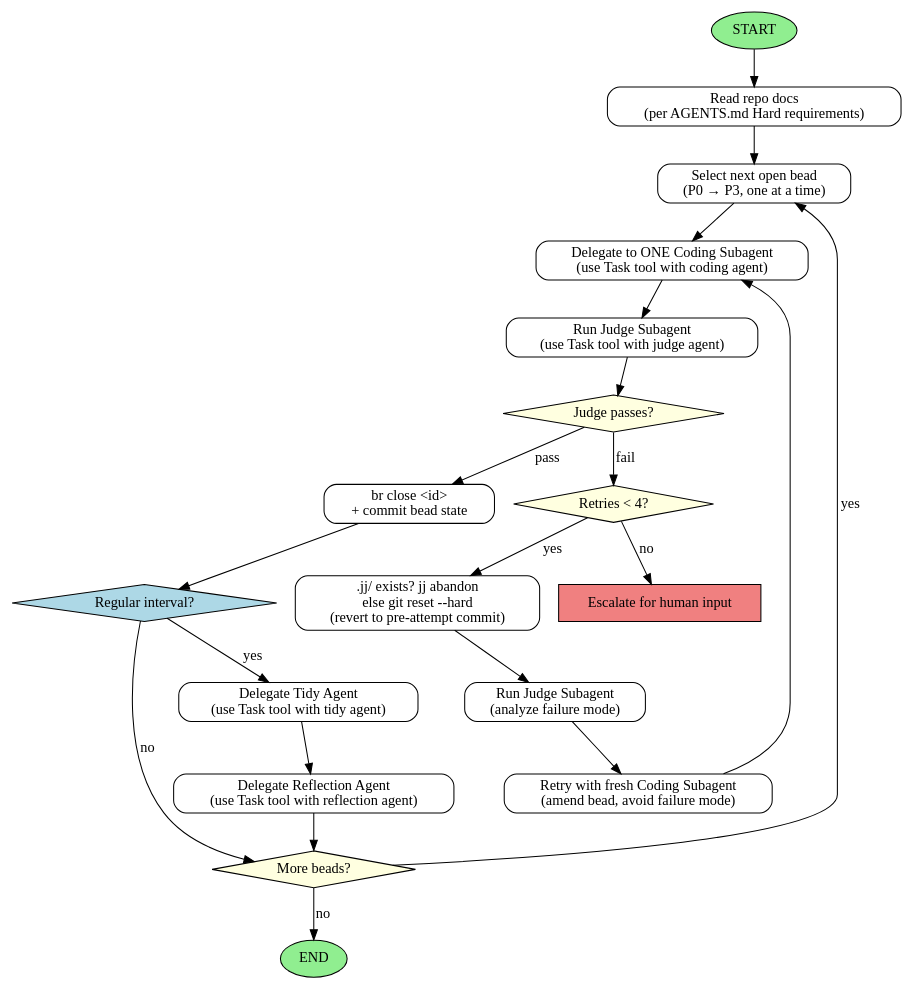
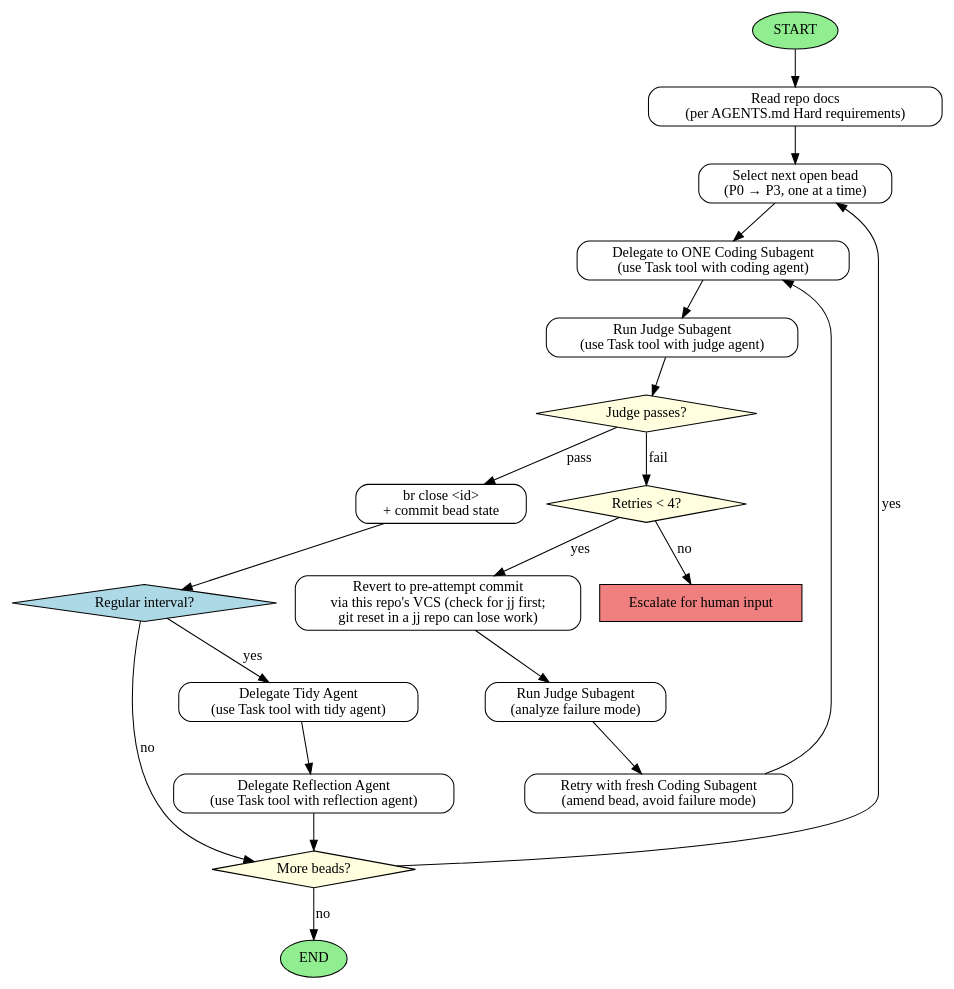
One commit to imbue-ai/rust-bucket changed the diagram in .claude/agents/coordinator.md. Above: the diagram before and after it, drawn with Graphviz. The commit also changed other lines of this file and 1 other file, not shown here.

Commit message:
Loosen coordinator VCS guidance to be detection-first, not command-prescriptive

````diff
--- a/.claude/agents/coordinator.md
+++ b/.claude/agents/coordinator.md
@@ -135,39 +128,39 @@
 ```dot
 digraph CoordinatorWorkflow {
   rankdir=TB;
   node [shape=box, style=rounded];
 
   START [shape=ellipse, style=filled, fillcolor=lightgreen];
   READ_DOCS [label="Read repo docs\n(per AGENTS.md Hard requirements)"];
   PICK_BEAD [label="Select next open bead\n(P0 → P3, one at a time)"];
   DELEGATE [label="Delegate to ONE Coding Subagent\n(use Task tool with coding agent)"];
   JUDGE [label="Run Judge Subagent\n(use Task tool with judge agent)"];
   JUDGE_RESULT [shape=diamond, style=filled, fillcolor=lightyellow, label="Judge passes?"];
   MARK_DONE [label="br close <id>\n+ commit bead state"];
   MORE [shape=diamond, style=filled, fillcolor=lightyellow, label="More beads?"];
   END [shape=ellipse, style=filled, fillcolor=lightgreen];
 
   RETRIES [shape=diamond, style=filled, fillcolor=lightyellow, label="Retries < 4?"];
-  RESET [label=".jj/ exists? jj abandon\nelse git reset --hard\n(revert to pre-attempt commit)"];
+  RESET [label="Revert to pre-attempt commit\nvia this repo's VCS (check for jj first;\ngit reset in a jj repo can lose work)"];
   JUDGE_FAILURE [label="Run Judge Subagent\n(analyze failure mode)"];
   REPROMPT [label="Retry with fresh Coding Subagent\n(amend bead, avoid failure mode)"];
   ESCALATE [shape=box, style=filled, fillcolor=lightcoral, label="Escalate for human input"];
 
   INTERVAL_CHECK [shape=diamond, style=filled, fillcolor=lightblue, label="Regular interval?"];
   TIDY [label="Delegate Tidy Agent\n(use Task tool with tidy agent)"];
   REFLECTION [label="Delegate Reflection Agent\n(use Task tool with reflection agent)"];
 
   START -> READ_DOCS -> PICK_BEAD -> DELEGATE -> JUDGE -> JUDGE_RESULT;
   JUDGE_RESULT -> MARK_DONE [label="pass"];
   JUDGE_RESULT -> RETRIES [label="fail"];
   RETRIES -> RESET [label="yes"];
   RESET -> JUDGE_FAILURE -> REPROMPT -> DELEGATE;
   RETRIES -> ESCALATE [label="no"];
   MARK_DONE -> INTERVAL_CHECK;
   INTERVAL_CHECK -> TIDY [label="yes"];
   TIDY -> REFLECTION -> MORE;
   INTERVAL_CHECK -> MORE [label="no"];
   MORE -> PICK_BEAD [label="yes"];
   MORE -> END [label="no"];
 }
 ```
````
